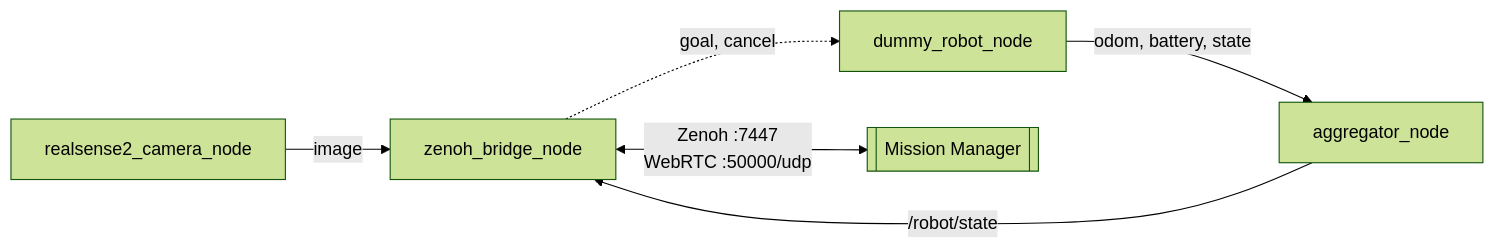
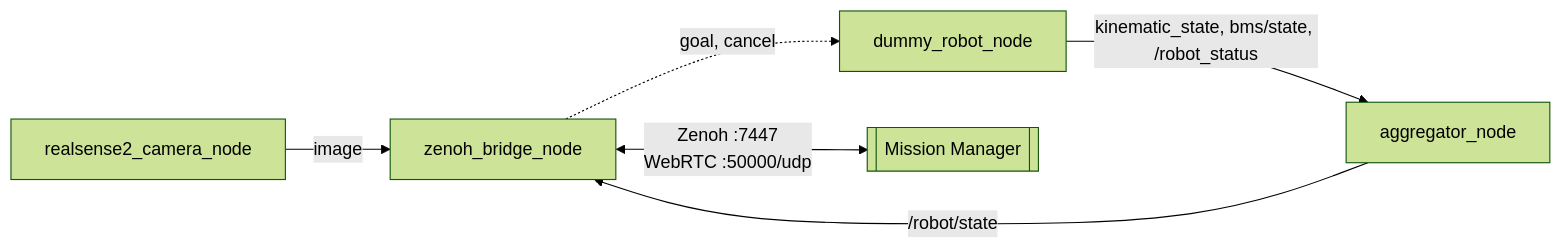
Before and after one commit to patrol-knight/husky: the first of 2 diagrams in experiments/dummy_robot/README.md, drawn with Mermaid (forest theme). The commit also changed other lines of this file and 7 other files, not shown here.

Commit message:
feat(dummy_robot): mirror the Husky's topics and robot_status; bump zenoh_bridge

````diff
--- a/experiments/dummy_robot/README.md
+++ b/experiments/dummy_robot/README.md
@@ -7,8 +7,8 @@
 ```mermaid
 flowchart LR
     Cam["realsense2_camera_node"] -- image --> Bridge
-    Dummy["dummy_robot_node"] -- "odom, battery, state" --> Agg["aggregator_node"]
+    Dummy["dummy_robot_node"] -- "kinematic_state, bms/state, /robot_status" --> Agg["aggregator_node"]
     Agg -- "/robot/state" --> Bridge["zenoh_bridge_node"]
     Bridge -. "goal, cancel" .-> Dummy
     Bridge <-- "Zenoh :7447<br/>WebRTC :50000/udp" --> MM[["Mission Manager"]]
 ```
````
